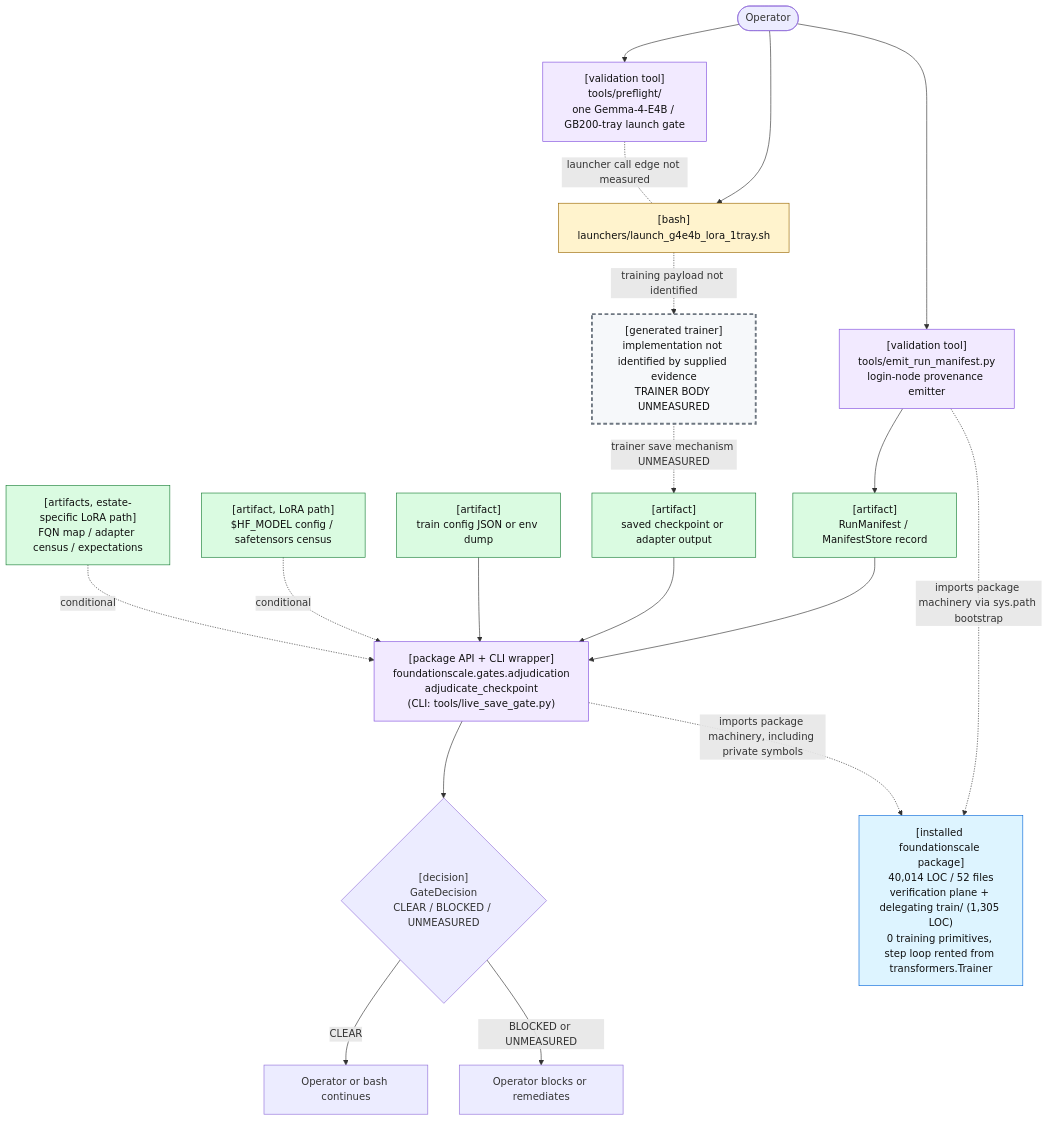
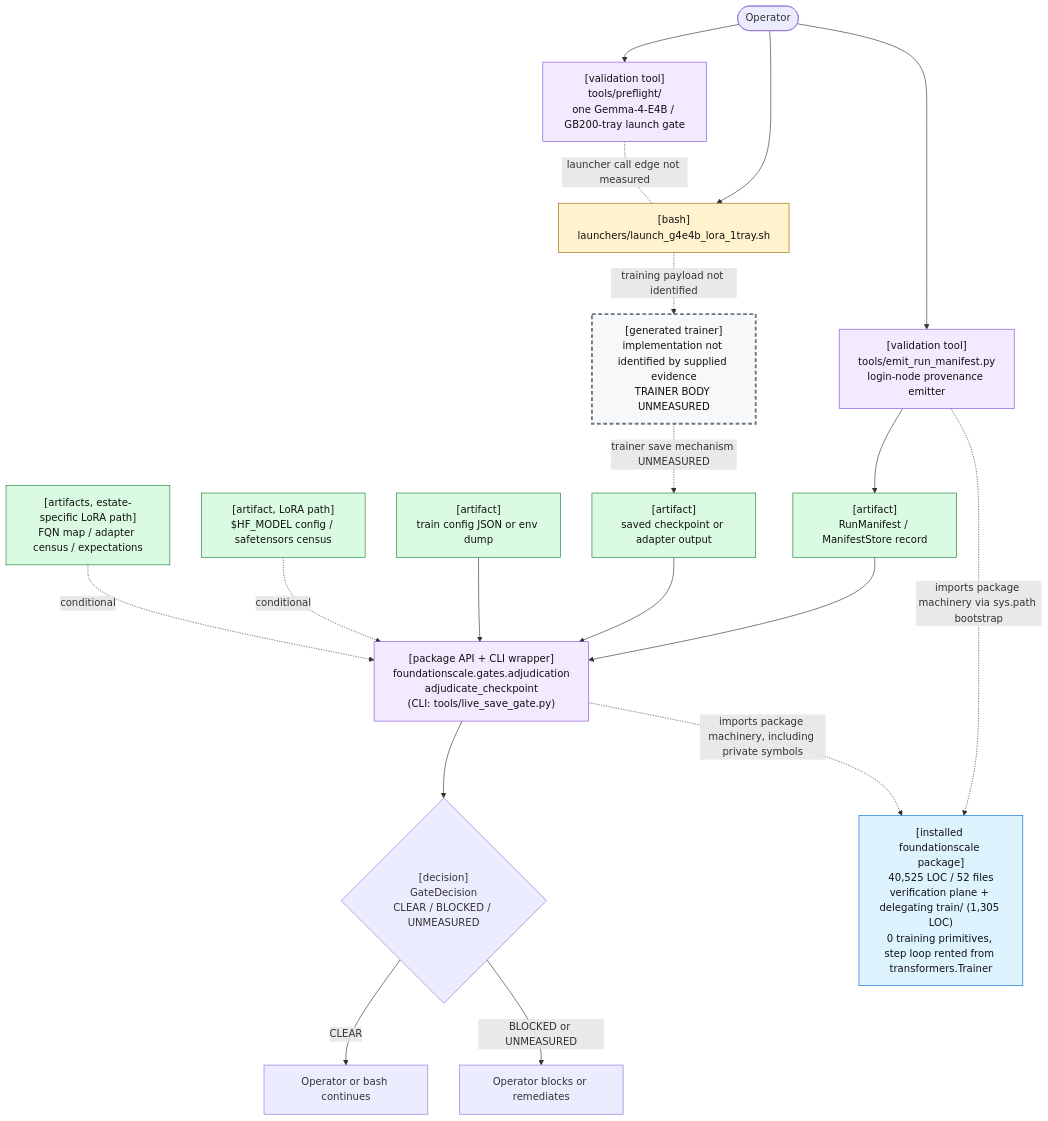
Before and after one commit to TranNhiem/FoundationScale: the first of 2 diagrams in docs/review/D2_current_architecture.md, drawn with Mermaid. The commit also changed other lines of this file and 37 other files, not shown here.

````diff
--- a/docs/review/D2_current_architecture.md
+++ b/docs/review/D2_current_architecture.md
@@ -25,59 +25,59 @@
 ```mermaid
 flowchart TB
   O(["Operator"])
 
   PF["[validation tool]<br/>tools/preflight/<br/>one Gemma-4-E4B / GB200-tray launch gate"]
   L["[bash]<br/>launchers/launch_g4e4b_lora_1tray.sh"]
 
   E["[validation tool]<br/>tools/emit_run_manifest.py<br/>login-node provenance emitter"]
   M["[artifact]<br/>RunManifest / ManifestStore record"]
 
   T["[generated trainer]<br/>implementation not identified by supplied evidence<br/>TRAINER BODY UNMEASURED"]
   C["[artifact]<br/>saved checkpoint or adapter output"]
 
   G["[package API + CLI wrapper]<br/>foundationscale.gates.adjudication<br/>adjudicate_checkpoint<br/>(CLI: tools/live_save_gate.py)"]
   CFG["[artifact]<br/>train config JSON or env dump"]
   BASE["[artifact, LoRA path]<br/>$HF_MODEL config / safetensors census"]
   CEN["[artifacts, estate-specific LoRA path]<br/>FQN map / adapter census / expectations"]
 
   D{"[decision]<br/>GateDecision<br/>CLEAR / BLOCKED / UNMEASURED"}
   OK["Operator or bash continues"]
   NO["Operator blocks or remediates"]
 
-  PKG["[installed foundationscale package]<br/>40,014 LOC / 52 files<br/>verification plane + delegating train/ (1,305 LOC)<br/>0 training primitives, step loop rented from transformers.Trainer"]
+  PKG["[installed foundationscale package]<br/>40,525 LOC / 52 files<br/>verification plane + delegating train/ (1,305 LOC)<br/>0 training primitives, step loop rented from transformers.Trainer"]
 
   O --> PF
   O --> L
   PF -. "launcher call edge not measured" .- L
 
   O --> E
   E --> M
 
   L -. "training payload not identified" .-> T
   T -. "trainer save mechanism UNMEASURED" .-> C
 
   M --> G
   C --> G
   CFG --> G
   BASE -. "conditional" .-> G
   CEN -. "conditional" .-> G
 
   E -. "imports package machinery via sys.path bootstrap" .-> PKG
   G -. "imports package machinery, including private symbols" .-> PKG
 
   G --> D
   D -->|"CLEAR"| OK
   D -->|"BLOCKED or UNMEASURED"| NO
 
   classDef bash fill:#fff3cd,stroke:#9a6700,color:#111;
   classDef tool fill:#f2eaff,stroke:#8250df,color:#111;
   classDef artifact fill:#dafbe1,stroke:#1a7f37,color:#111;
   classDef gap fill:#f6f8fa,stroke:#6e7781,stroke-width:3px,stroke-dasharray: 6 4,color:#111;
   classDef pkg fill:#ddf4ff,stroke:#0969da,color:#111;
 
   class L bash;
   class PF,E,G tool;
   class M,C,CFG,BASE,CEN artifact;
   class T gap;
   class PKG pkg;
 ```
````
